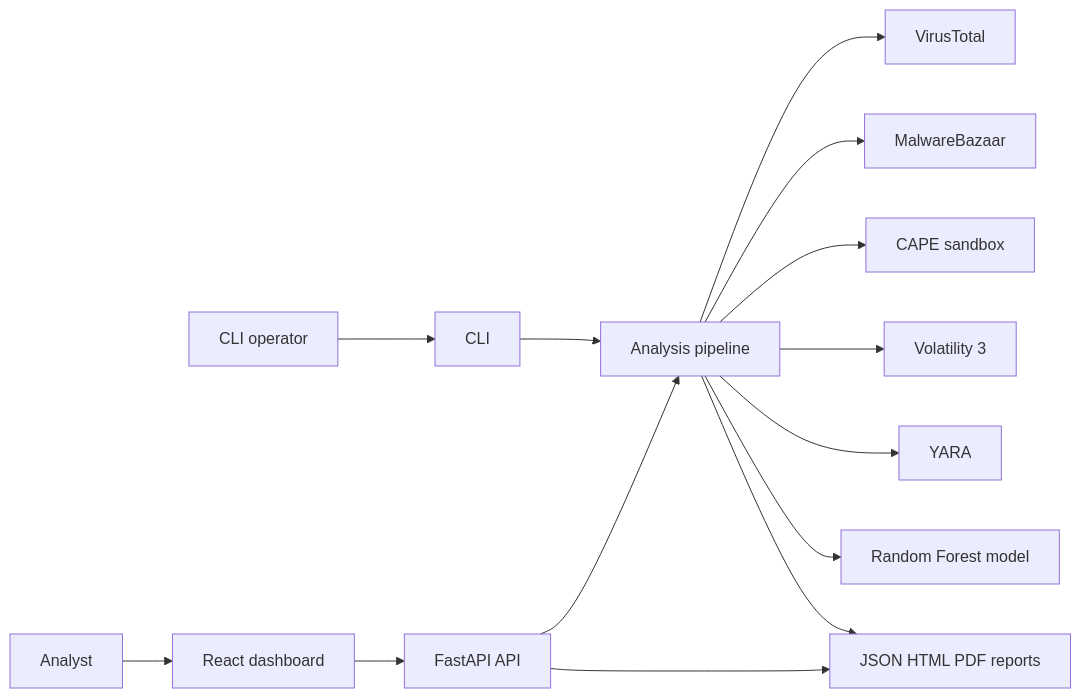
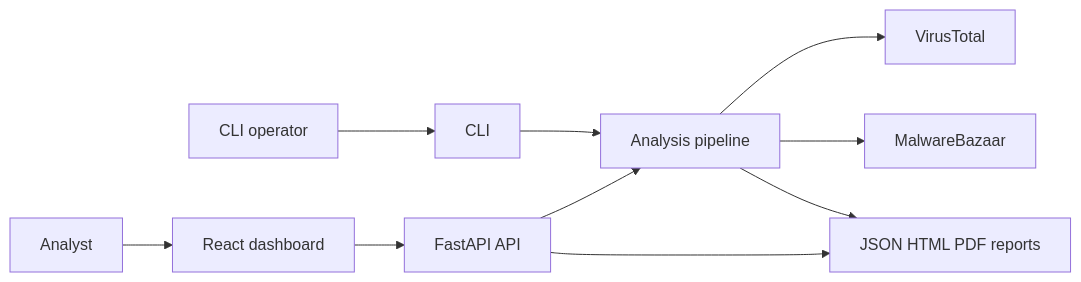
One commit to Anshpatel2006/SentinelSuit changed the first of 5 diagrams in Ransomware/docs/DIAGRAMS.md. Above: the diagram before and after it, drawn with Mermaid. The commit also changed other lines of this file and 756 other files, not shown here.

````diff
--- a/Ransomware/docs/DIAGRAMS.md
+++ b/Ransomware/docs/DIAGRAMS.md
@@ -7,16 +7,12 @@
 ```mermaid
 flowchart LR
     analyst[Analyst] --> ui[React dashboard]
     operator[CLI operator] --> cli[CLI]
     ui --> api[FastAPI API]
     cli --> pipeline[Analysis pipeline]
     api --> pipeline
     pipeline --> vt[VirusTotal]
     pipeline --> mb[MalwareBazaar]
-    pipeline --> cape[CAPE sandbox]
-    pipeline --> vol[Volatility 3]
-    pipeline --> yara[YARA]
-    pipeline --> model[Random Forest model]
     pipeline --> reports[JSON HTML PDF reports]
     api --> reports
 ```
````
